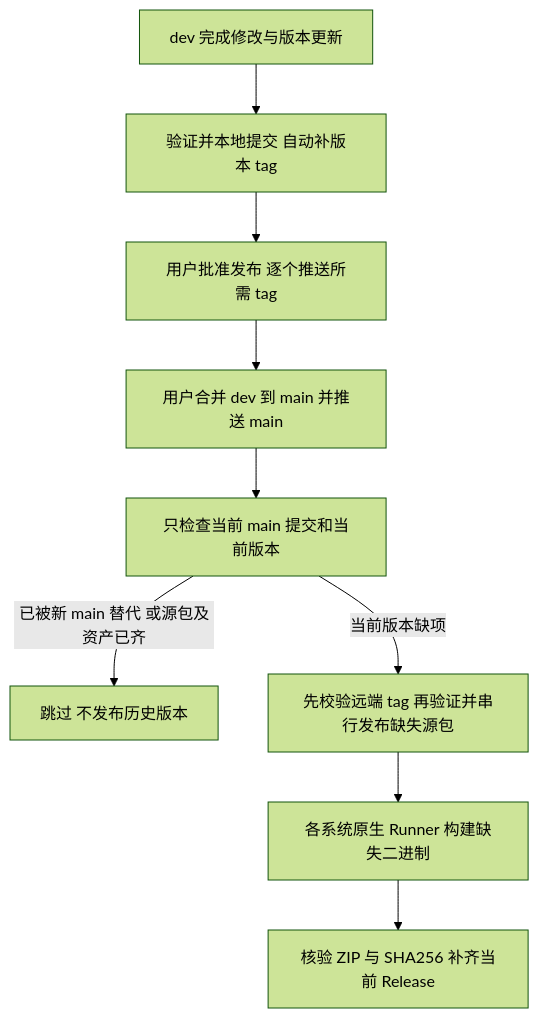
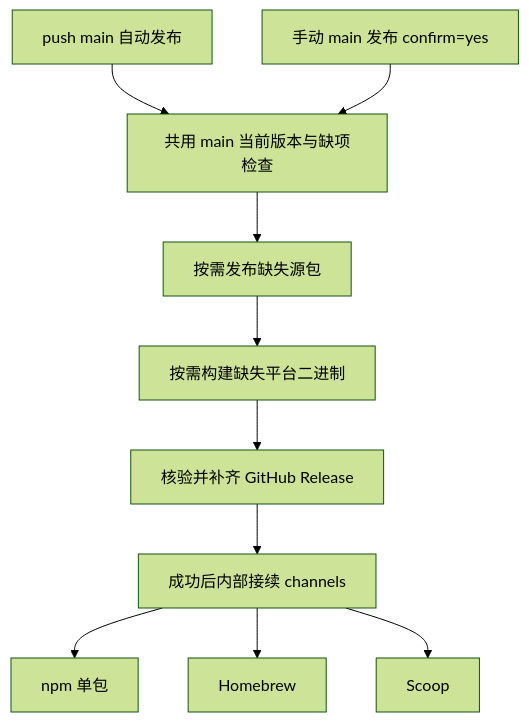
Before and after one commit to zerobiubiu/kenvoy: the diagram in docs/operations/releasing.md, drawn with Mermaid (forest theme). The commit also changed other lines of this file and 19 other files, not shown here.

````diff
--- a/docs/operations/releasing.md
+++ b/docs/operations/releasing.md
@@ -48,11 +50,12 @@
 ```mermaid
 flowchart TD
-  A[dev 完成修改与版本更新] --> B[验证并本地提交 自动补版本 tag]
-  B --> C[用户批准发布 逐个推送所需 tag]
-  C --> D[用户合并 dev 到 main 并推送 main]
-  D --> E[只检查当前 main 提交和当前版本]
-  E -->|已被新 main 替代 或源包及资产已齐| F[跳过 不发布历史版本]
-  E -->|当前版本缺项| G[先校验远端 tag 再验证并串行发布缺失源包]
-  G --> H[各系统原生 Runner 构建缺失二进制]
-  H --> I[核验 ZIP 与 SHA256 补齐当前 Release]
+  A[push main 自动发布] --> C[共用 main 当前版本与缺项检查]
+  B[手动 main 发布 confirm=yes] --> C
+  C --> D[按需发布缺失源包]
+  D --> E[按需构建缺失平台二进制]
+  E --> F[核验并补齐 GitHub Release]
+  F --> G[成功后内部接续 channels]
+  G --> H[npm 单包]
+  G --> I[Homebrew]
+  G --> J[Scoop]
 ```
````
